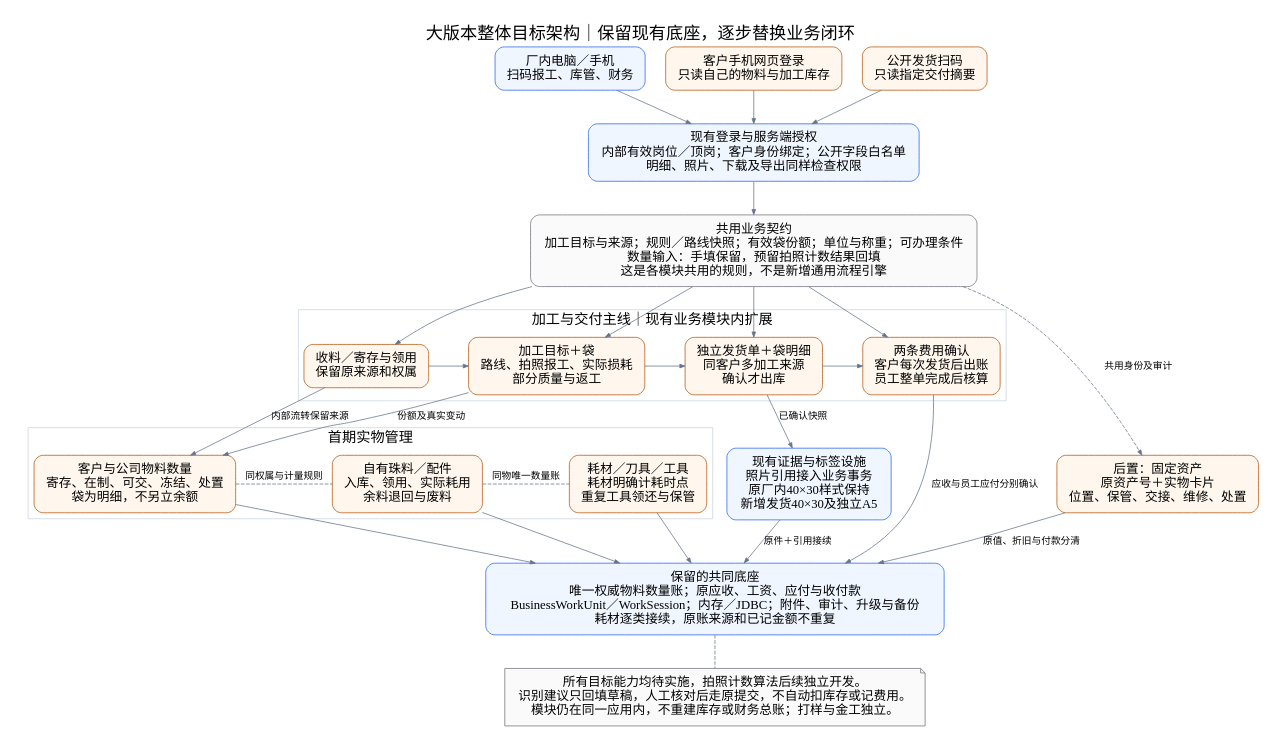
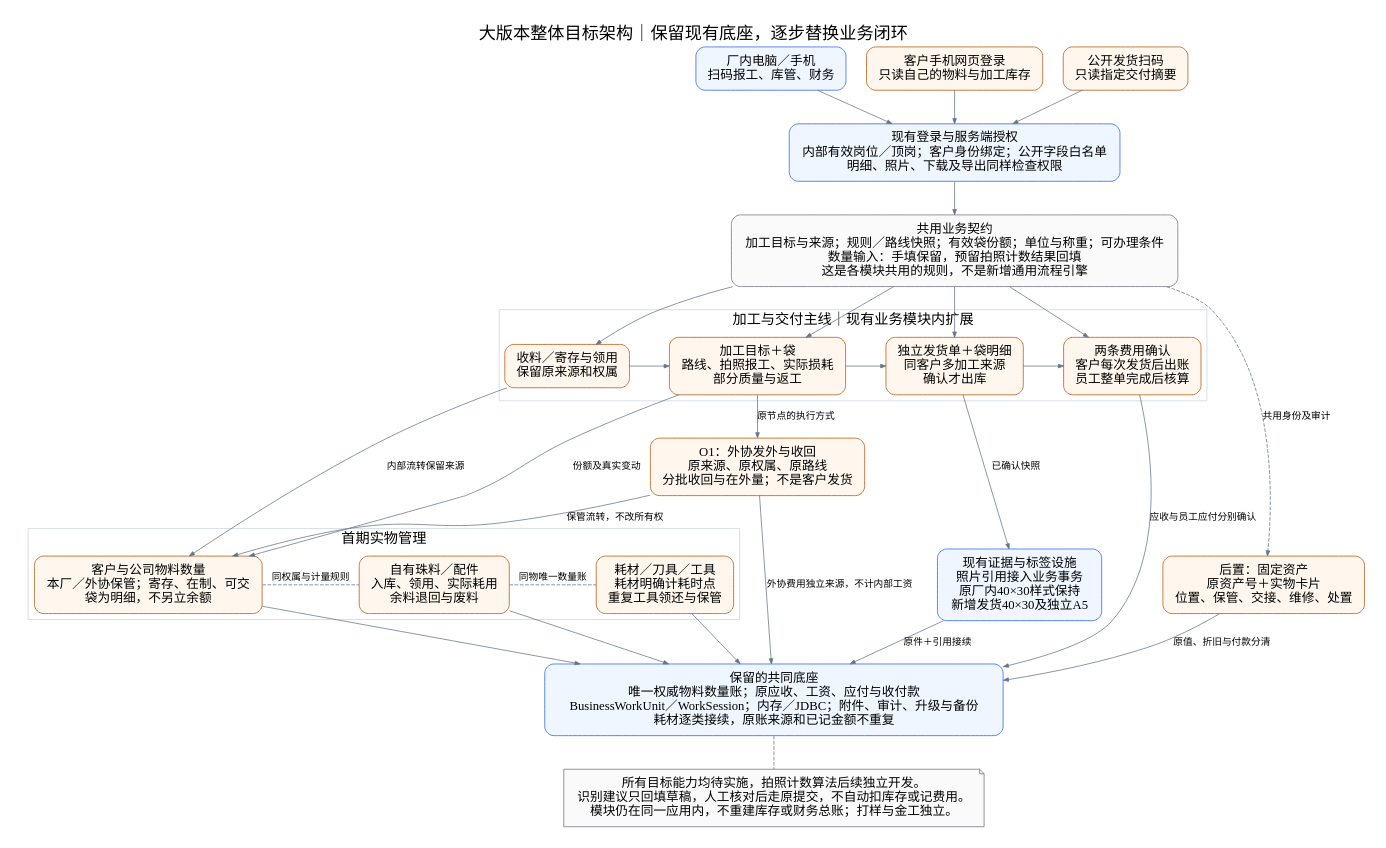
The diagram in docs/diagrams/refactor-master/01-overall-architecture.dot (sxliuchen-hash/zhubao-ERP), drawn with Graphviz before and after one commit. The commit also changed 12 other files, not shown here.

```diff
--- a/docs/diagrams/refactor-master/01-overall-architecture.dot
+++ b/docs/diagrams/refactor-master/01-overall-architecture.dot
@@ -1,44 +1,48 @@
 digraph G {
  graph [fontname="SimSun",fontsize=23,label="大版本整体目标架构｜保留现有底座，逐步替换业务闭环",labelloc=t,rankdir=TB,bgcolor="white",pad="0.3",nodesep="0.38",ranksep="0.6"];
  node [fontname="SimSun",fontsize=17,shape=box,style="rounded,filled",color="#b45309",fillcolor="#fff7ed",margin="0.2,0.14"];
  edge [fontname="SimSun",fontsize=13,color="#64748b",arrowsize=0.7];
  staff [label="厂内电脑／手机\n扫码报工、库管、财务",color="#2563eb",fillcolor="#eff6ff"];
  client [label="客户手机网页登录\n只读自己的物料与加工库存"];
  public [label="公开发货扫码\n只读指定交付摘要"];
  {rank=same;staff;client;public;}
  access [label="现有登录与服务端授权\n内部有效岗位／顶岗；客户身份绑定；公开字段白名单\n明细、照片、下载及导出同样检查权限",color="#2563eb",fillcolor="#eff6ff"];
  contract [label="共用业务契约\n加工目标与来源；规则／路线快照；有效袋份额；单位与称重；可办理条件\n数量输入：手填保留，预留拍照计数结果回填\n这是各模块共用的规则，不是新增通用流程引擎",color="#71717a",fillcolor="#fafafa"];
  subgraph cluster_main {
   label="加工与交付主线｜现有业务模块内扩展";fontname="SimSun";fontsize=19;color="#cbd5e1";
   source [label="收料／寄存与领用\n保留原来源和权属"];
   production [label="加工目标＋袋\n路线、拍照报工、实际损耗\n部分质量与返工"];
   shipping [label="独立发货单＋袋明细\n同客户多加工来源\n确认才出库"];
   finance [label="两条费用确认\n客户每次发货后出账\n员工整单完成后核算"];
   {rank=same;source;production;shipping;finance;}
   source -> production;production -> shipping;shipping -> finance;
  }
  subgraph cluster_material {
   label="首期实物管理";fontname="SimSun";fontsize=19;color="#cbd5e1";
-  inventory [label="客户与公司物料数量\n寄存、在制、可交、冻结、处置\n袋为明细，不另立余额"];
+  inventory [label="客户与公司物料数量\n本厂／外协保管；寄存、在制、可交\n袋为明细，不另立余额"];
   factory [label="自有珠料／配件\n入库、领用、实际耗用\n余料退回与废料"];
   tools [label="耗材／刀具／工具\n耗材明确计耗时点\n重复工具领还与保管"];
   {rank=same;inventory;factory;tools;}
  }
  asset [label="后置：固定资产\n原资产号＋实物卡片\n位置、保管、交接、维修、处置"];
+ outsourcing [label="O1：外协发外与收回\n原来源、原权属、原路线\n分批收回与在外量；不是客户发货"];
  evidence [label="现有证据与标签设施\n照片引用接入业务事务\n原厂内40×30样式保持\n新增发货40×30及独立A5",color="#2563eb",fillcolor="#eff6ff"];
  base [label="保留的共同底座\n唯一权威物料数量账；原应收、工资、应付与收付款\nBusinessWorkUnit／WorkSession；内存／JDBC；附件、审计、升级与备份\n耗材逐类接续，原账来源和已记金额不重复",color="#2563eb",fillcolor="#eff6ff"];
  note [shape=note,label="所有目标能力均待实施，拍照计数算法后续独立开发。\n识别建议只回填草稿，人工核对后走原提交，不自动扣库存或记费用。\n模块仍在同一应用内，不重建库存或财务总账；打样与金工独立。",color="#71717a",fillcolor="#fafafa"];
  staff -> access;client -> access;public -> access;access -> contract;
  contract -> source;contract -> production;contract -> shipping;contract -> finance;
  source -> inventory [label="内部流转保留来源"];
  production -> inventory [label="份额及真实变动"];
+ production -> outsourcing [label="原节点的执行方式"];
+ outsourcing -> inventory [label="保管流转，不改所有权"];
+ outsourcing -> base [label="外协费用独立来源，不计内部工资"];
  shipping -> evidence [label="已确认快照"];
  finance -> base [label="应收与员工应付分别确认"];
  inventory -> factory [style=dashed,arrowhead=none,label="同权属与计量规则"];
  factory -> tools [style=dashed,arrowhead=none,label="同物唯一数量账"];
  inventory -> base;factory -> base;tools -> base;
  contract -> asset [style=dashed,label="共用身份及审计"];
  asset -> base [label="原值、折旧与付款分清"];
  evidence -> base [label="原件＋引用接续"];
  base -> note [style=dashed,arrowhead=none];
 }
```
